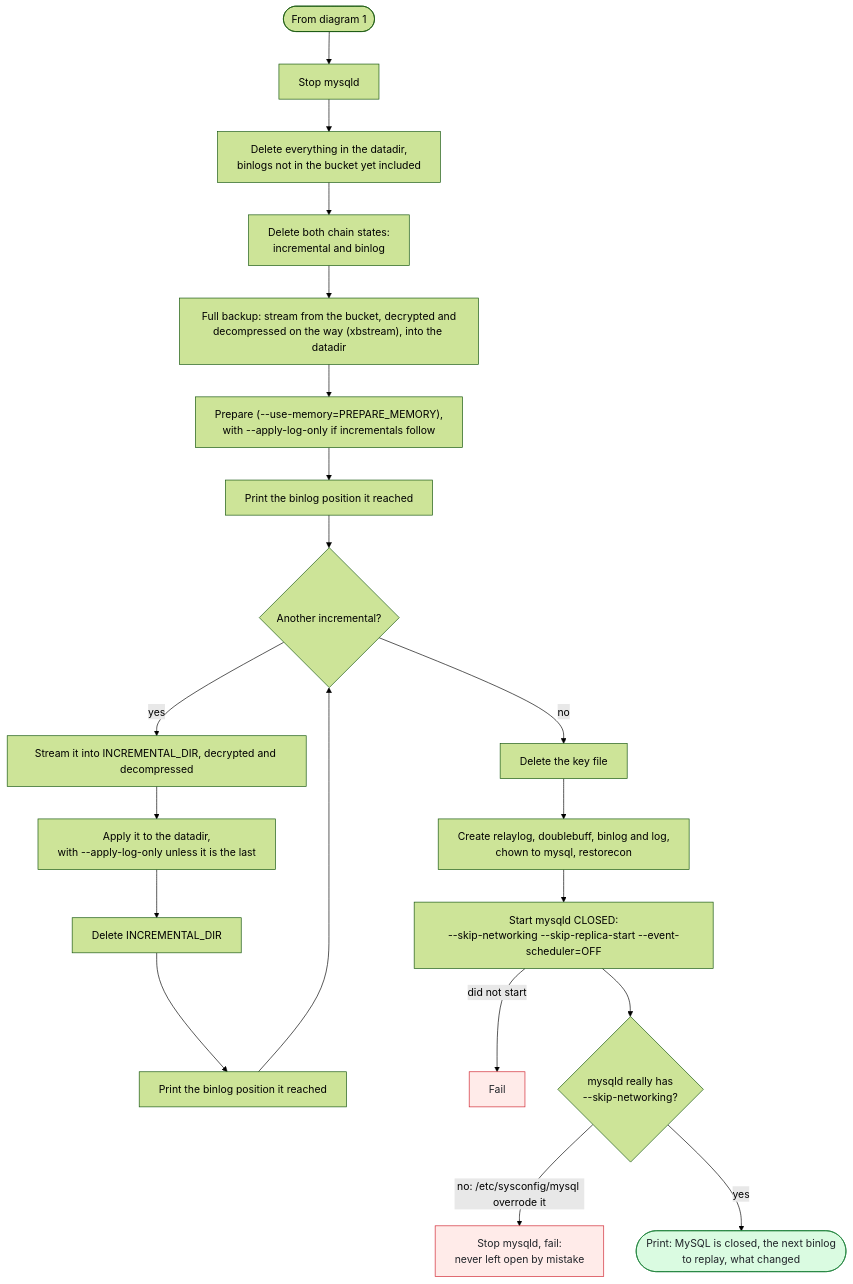
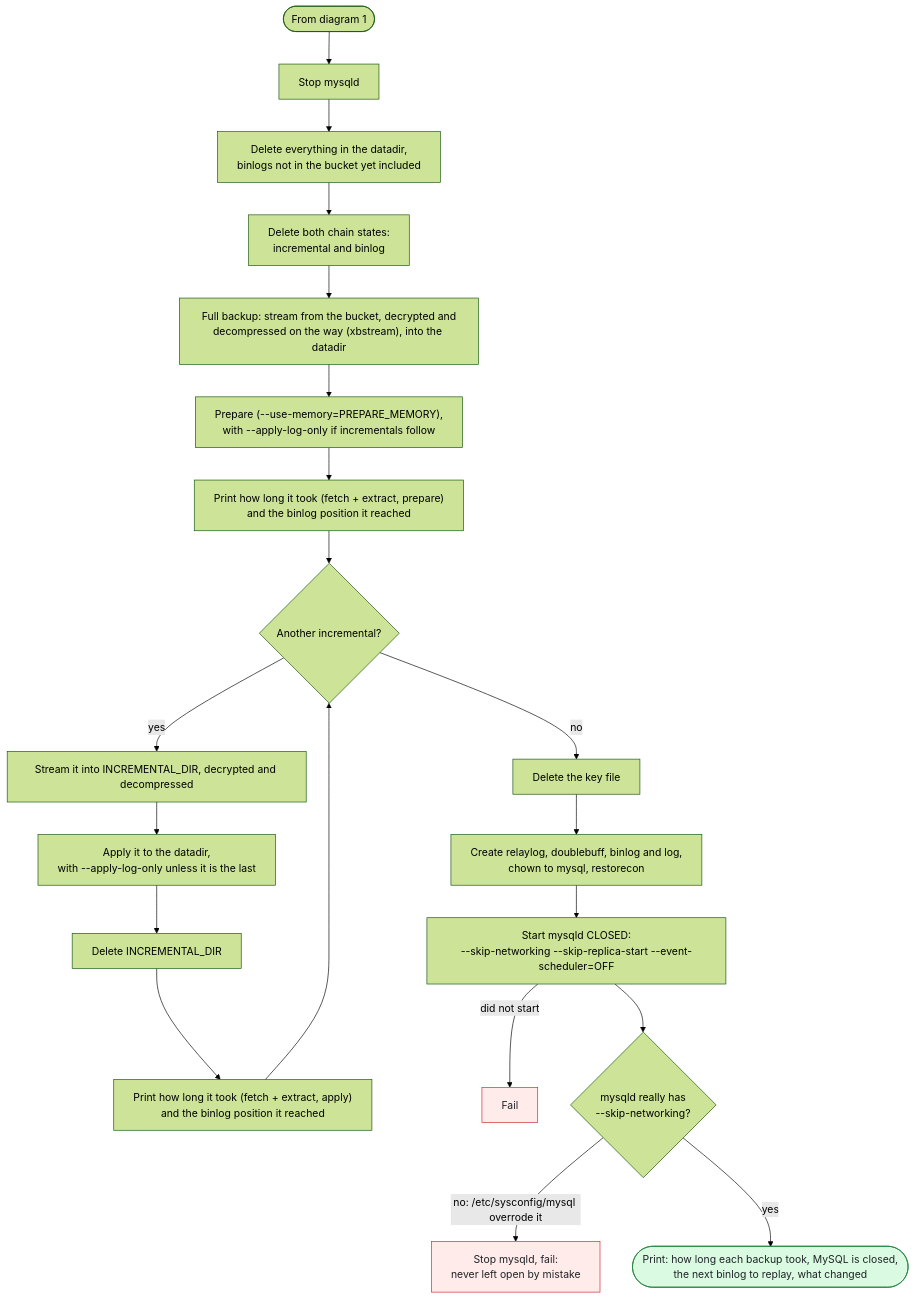
The second of 4 diagrams in mysql_restore_script/mysql_restore_workflow.md (xXSAPXx/dba-ops-scripts), drawn with Mermaid (forest theme) before and after one commit. The commit also changed other lines of this file and 2 other files, not shown here.

First line of the commit message:
MySQL restore: one log per restore, step durations, binlog replay progress

````diff
--- a/mysql_restore_script/mysql_restore_workflow.md
+++ b/mysql_restore_script/mysql_restore_workflow.md
@@ -48,26 +48,26 @@
 ```mermaid
 %%{init: {"flowchart": {"wrappingWidth": 400}}}%%
 flowchart TD
     START(["From diagram 1"]) --> STOP["Stop mysqld"]
     STOP --> WIPE["Delete everything in the datadir,<br/>binlogs not in the bucket yet included"]
     WIPE --> STATES["Delete both chain states:<br/>incremental and binlog"]
     STATES --> FULL["Full backup: stream from the bucket, decrypted and<br/>decompressed on the way (xbstream), into the datadir"]
     FULL --> PREP["Prepare (--use-memory=PREPARE_MEMORY),<br/>with --apply-log-only if incrementals follow"]
-    PREP --> POS1["Print the binlog position it reached"]
+    PREP --> POS1["Print how long it took (fetch + extract, prepare)<br/>and the binlog position it reached"]
     POS1 --> MORE{"Another incremental?"}
     MORE -->|"yes"| INC["Stream it into INCREMENTAL_DIR, decrypted and decompressed"]
     INC --> APPLY["Apply it to the datadir,<br/>with --apply-log-only unless it is the last"]
     APPLY --> RMINC["Delete INCREMENTAL_DIR"]
-    RMINC --> POS2["Print the binlog position it reached"]
+    RMINC --> POS2["Print how long it took (fetch + extract, apply)<br/>and the binlog position it reached"]
     POS2 --> MORE
     MORE -->|"no"| RMKEY["Delete the key file"]
     RMKEY --> DIRS["Create relaylog, doublebuff, binlog and log,<br/>chown to mysql, restorecon"]
     DIRS --> CLOSED["Start mysqld CLOSED:<br/>--skip-networking --skip-replica-start --event-scheduler=OFF"]
     CLOSED -->|"did not start"| F1["Fail"]:::fail
     CLOSED --> GOT{"mysqld really has<br/>--skip-networking?"}
     GOT -->|"no: /etc/sysconfig/mysql overrode it"| F2["Stop mysqld, fail:<br/>never left open by mistake"]:::fail
-    GOT -->|"yes"| DONE(["Print: MySQL is closed, the next binlog<br/>to replay, what changed"]):::ok
+    GOT -->|"yes"| DONE(["Print: how long each backup took, MySQL is closed,<br/>the next binlog to replay, what changed"]):::ok
 
     classDef fail fill:#ffebe9,stroke:#cf222e,color:#1f2328
     classDef ok fill:#dafbe1,stroke:#1a7f37,color:#1f2328
 ```
````
